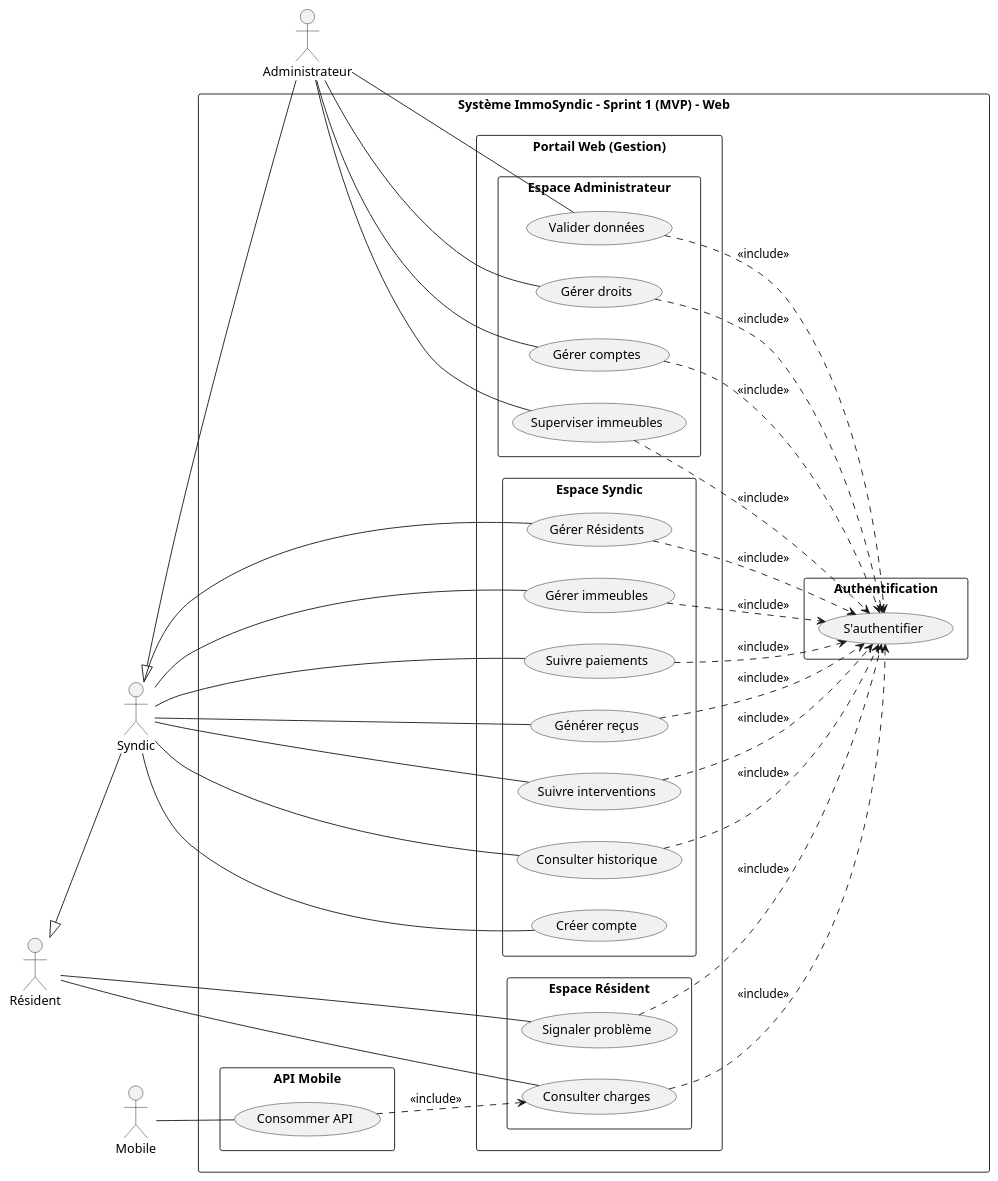
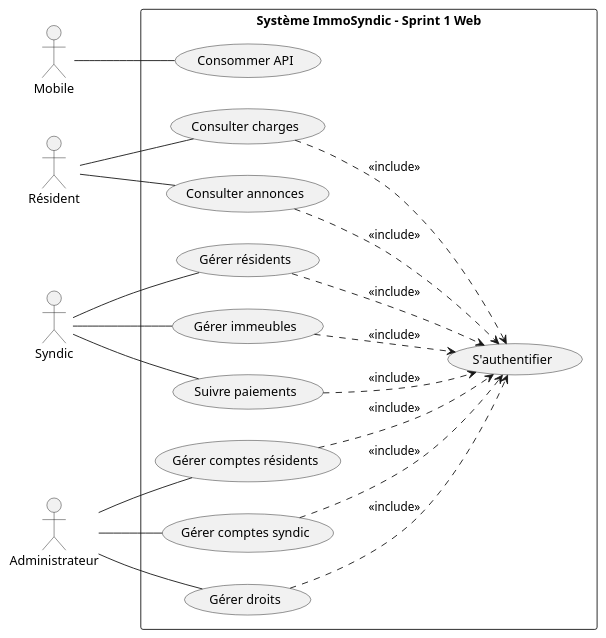
One commit to fadna-lakhouchen/Projet-finale changed the diagram in analyse/ideation/cas_utilisation/use_case_sprint1_MVP.puml. Above: the diagram before and after it, drawn with PlantUML. The commit also changed 27 other files, not shown here.

```diff
--- a/analyse/ideation/cas_utilisation/use_case_sprint1_MVP.puml
+++ b/analyse/ideation/cas_utilisation/use_case_sprint1_MVP.puml
@@ -1,84 +1,60 @@
-@startuml ImmoSyndic_MVP_Web
+@startuml ImmoSyndic_MVP_Web_Clean
 left to right direction
 skinparam packageStyle rectangle
 skinparam shadowing false
 
+actor "Mobile" as Mobile
 actor "Résident" as Resident
 actor "Syndic" as Syndic
 actor "Administrateur" as Admin
-actor "Mobile" as Mobile
 
-' Hierarchy
-Resident <|-- Syndic
-Syndic <|-- Admin
+rectangle "Système ImmoSyndic - Sprint 1 Web" {
 
-rectangle "Système ImmoSyndic - Sprint 1 (MVP) - Web" {
+  ' Auth central
+  usecase "S'authentifier" as Auth
+' API
+  usecase "Consommer API" as ProvideAPI
 
-  package "Authentification" {
-    usecase "S'authentifier" as Auth
-  }
+  ' Résident
+  usecase "Consulter charges" as ViewCharges
+  usecase "Consulter annonces" as ViewNews
 
-  package "Portail Web (Gestion)" {
-    package "Espace Résident" {
-      usecase "Consulter charges" as ViewCharges
-      usecase "Signaler problème" as ReportIssue
-    }
-    package "Espace Syndic" {
-      usecase "Créer compte" as Register
-      usecase "Gérer Résidents" as ManageResidents
-      usecase "Gérer immeubles" as ManageBuildings
-      usecase "Suivre paiements" as TrackPayments
-      usecase "Générer reçus" as GenReceipts
-      usecase "Suivre interventions" as TrackInterventions
-      usecase "Consulter historique" as ViewHistory
-    }
-    package "Espace Administrateur" {
-      usecase "Gérer comptes" as ManageUsers
-      usecase "Superviser immeubles" as Supervise
-      usecase "Valider données" as ValidateData
-      usecase "Gérer droits" as ManageRoles
-    }
-  }
+  ' Syndic
+  usecase "Gérer résidents" as ManageResidents
+  usecase "Gérer immeubles" as ManageBuildings
+  usecase "Suivre paiements" as TrackPayments
 
-  package "API Mobile" {
-    usecase "Consommer API" as ConsumeAPI
-    
-    ConsumeAPI ..> ViewCharges : <<include>>
-  }
+  ' Admin
+  usecase "Gérer comptes résidents" as ManageUsers
+  usecase "Gérer comptes syndic" as ManageSyndic
+  usecase "Gérer droits" as ManageRoles
 
-  ' Includes
+
+
+  ' includes → كلشي كيمشي ل Auth
   ViewCharges ..> Auth : <<include>>
-  ReportIssue ..> Auth : <<include>>
+  ViewNews ..> Auth : <<include>>
   ManageResidents ..> Auth : <<include>>
   ManageBuildings ..> Auth : <<include>>
   TrackPayments ..> Auth : <<include>>
-  GenReceipts ..> Auth : <<include>>
-  TrackInterventions ..> Auth : <<include>>
-  ViewHistory ..> Auth : <<include>>
   ManageUsers ..> Auth : <<include>>
-  Supervise ..> Auth : <<include>>
-  ValidateData ..> Auth : <<include>>
+  ManageSyndic ..> Auth : <<include>>
   ManageRoles ..> Auth : <<include>>
 }
 
-' Connections
+' Actors connections (مرتبين)
+Mobile -- ProvideAPI
 Resident -- ViewCharges
-Resident -- ReportIssue
+Resident -- ViewNews
 
-Syndic -- Register
 Syndic -- ManageResidents
 Syndic -- ManageBuildings
 Syndic -- TrackPayments
-Syndic -- GenReceipts
-Syndic -- TrackInterventions
-Syndic -- ViewHistory
 
 Admin -- ManageUsers
-Admin -- Supervise
-Admin -- ValidateData
+Admin -- ManageSyndic
 Admin -- ManageRoles
 
-' Connections Mobile
-Mobile -- ConsumeAPI
+
 
 @enduml
```
